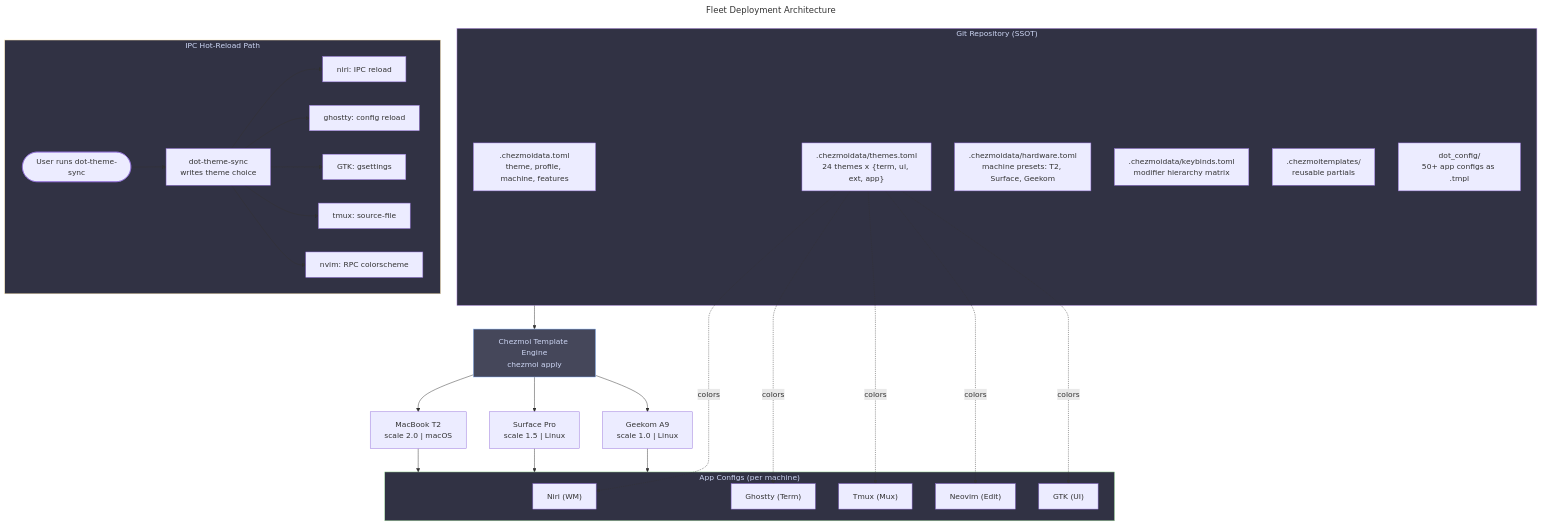
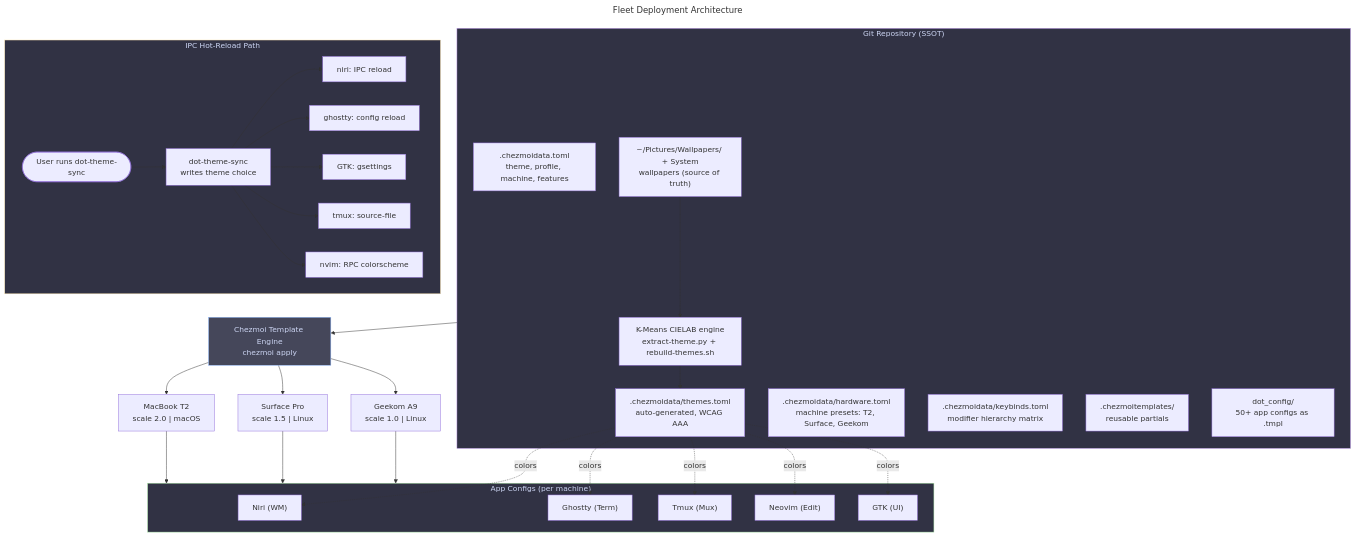
Before and after one commit to sebastienrousseau/dotfiles: the diagram in docs/architecture/fleet-deployment.md, drawn with Mermaid. The commit also changed 145 other files, not shown here.

````diff
--- a/docs/architecture/fleet-deployment.md
+++ b/docs/architecture/fleet-deployment.md
@@ -5,49 +5,52 @@
 ```mermaid
 ---
 title: Fleet Deployment Architecture
 ---
 flowchart TD
     subgraph repo["Git Repository (SSOT)"]
         data[".chezmoidata.toml<br/>theme, profile, machine, features"]
-        themes[".chezmoidata/themes.toml<br/>24 themes x {term, ui, ext, app}"]
+        wallpapers["~/Pictures/Wallpapers/ + System<br/>wallpapers (source of truth)"]
+        engine_k["K-Means CIELAB engine<br/>extract-theme.py + rebuild-themes.sh"]
+        themes[".chezmoidata/themes.toml<br/>auto-generated, WCAG AAA"]
         hw[".chezmoidata/hardware.toml<br/>machine presets: T2, Surface, Geekom"]
         keys[".chezmoidata/keybinds.toml<br/>modifier hierarchy matrix"]
         tpl[".chezmoitemplates/<br/>reusable partials"]
         configs["dot_config/<br/>50+ app configs as .tmpl"]
+        wallpapers --> engine_k --> themes
     end
 
     repo --> engine["Chezmoi Template Engine<br/>chezmoi apply"]
 
     engine --> t2["MacBook T2<br/>scale 2.0 | macOS"]
     engine --> sp["Surface Pro<br/>scale 1.5 | Linux"]
     engine --> gk["Geekom A9<br/>scale 1.0 | Linux"]
 
     subgraph apps["App Configs (per machine)"]
         niri["Niri (WM)"]
         ghostty["Ghostty (Term)"]
         tmux["Tmux (Mux)"]
         nvim["Neovim (Edit)"]
         gtk["GTK (UI)"]
     end
 
     t2 --> apps
     sp --> apps
     gk --> apps
 
     themes -. "colors" .-> niri & ghostty & tmux & nvim & gtk
 
     subgraph hotreload["IPC Hot-Reload Path"]
         direction LR
         user(["User runs dot-theme-sync"]) --> ipc["dot-theme-sync<br/>writes theme choice"]
         ipc --> reload_niri["niri: IPC reload"]
         ipc --> reload_ghostty["ghostty: config reload"]
         ipc --> reload_gtk["GTK: gsettings"]
         ipc --> reload_tmux["tmux: source-file"]
         ipc --> reload_nvim["nvim: RPC colorscheme"]
     end
 
     style repo fill:#313244,stroke:#cba6f7,color:#cdd6f4
     style engine fill:#45475a,stroke:#89b4fa,color:#cdd6f4
     style apps fill:#313244,stroke:#a6e3a1,color:#cdd6f4
     style hotreload fill:#313244,stroke:#f9e2af,color:#cdd6f4
 ```
````
